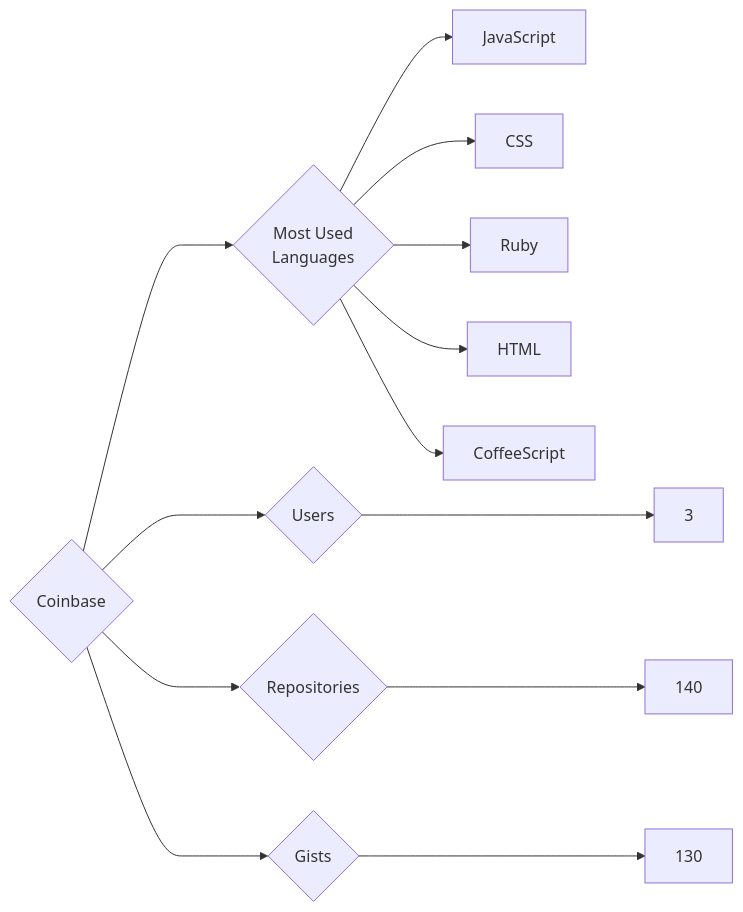
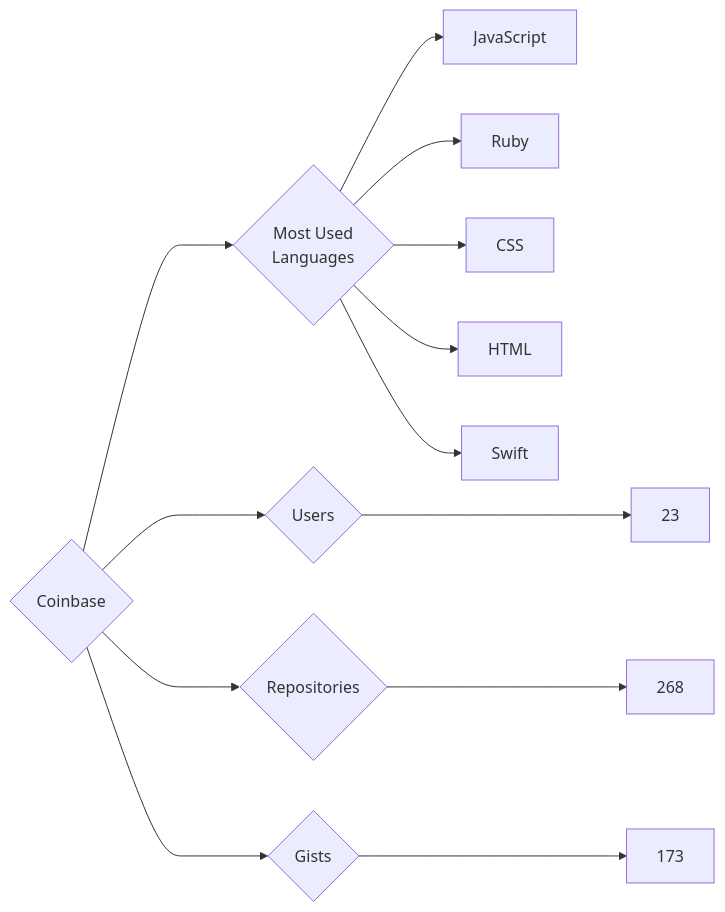
The diagram in targets/Coinbase/README.md (trickest/insiders), drawn with Mermaid before and after one commit. The commit also changed 984 other files, not shown here.

````diff
--- a/targets/Coinbase/README.md
+++ b/targets/Coinbase/README.md
@@ -3,13 +3,13 @@
 ```mermaid
 graph LR
 COMPANY_NAME{Coinbase}
-COMPANY_NAME ---> U{Users} ---> UN[3]
-COMPANY_NAME ---> R{Repositories} ---> RN[140]
-COMPANY_NAME ---> G{Gists} ---> GN[130]
+COMPANY_NAME ---> U{Users} ---> UN[23]
+COMPANY_NAME ---> R{Repositories} ---> RN[268]
+COMPANY_NAME ---> G{Gists} ---> GN[173]
 COMPANY_NAME ---> ML{Most Used<br>Languages}
 ML --> JavaScript[JavaScript]
+ML --> Ruby[Ruby]
 ML --> CSS[CSS]
-ML --> Ruby[Ruby]
 ML --> HTML[HTML]
-ML --> CoffeeScript[CoffeeScript]
+ML --> Swift[Swift]
 ```
````
